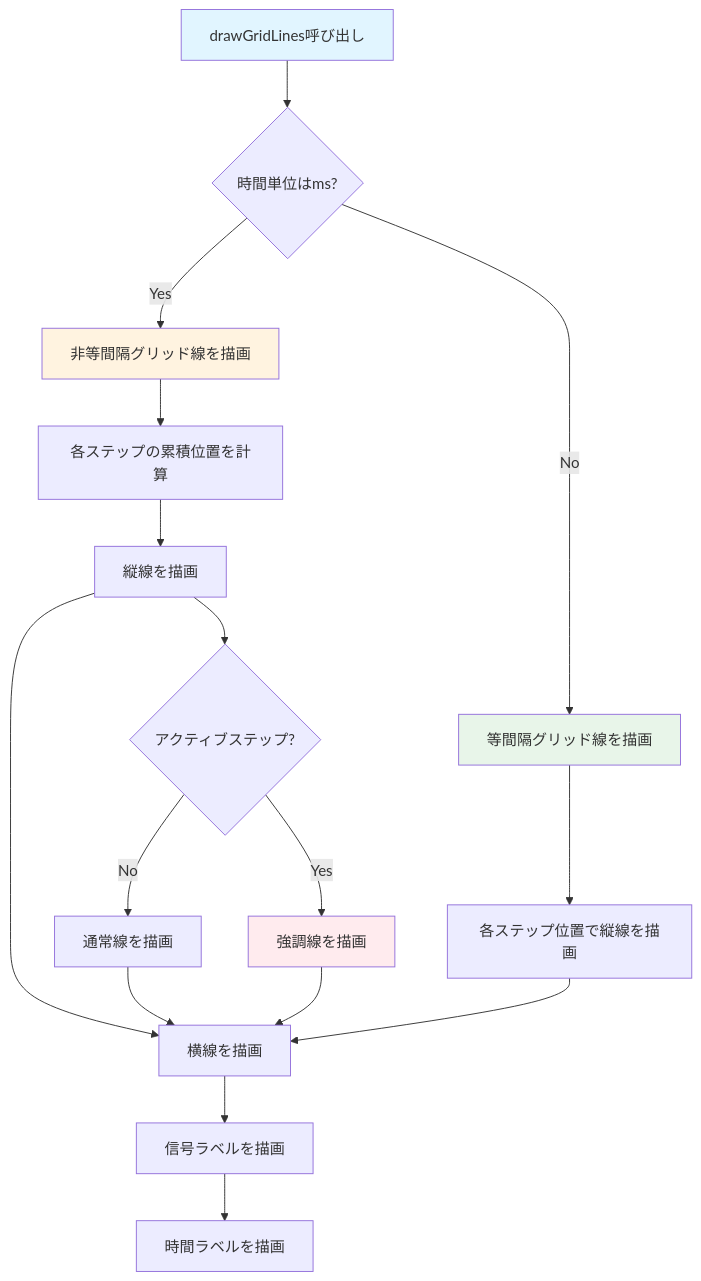
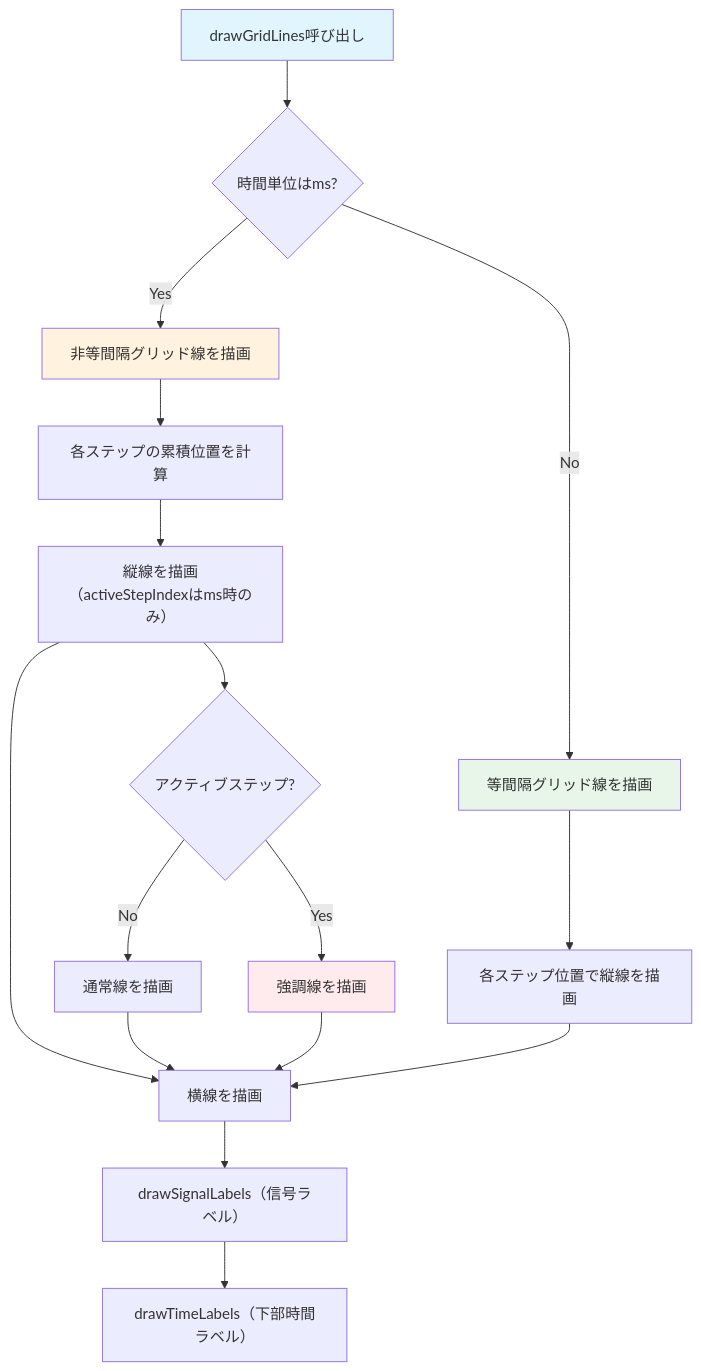
Before and after one commit to visco-ysugimoto/TimingChart: the diagram in widgets_flowcharts/chart/chart_grid.md, drawn with Mermaid. The commit also changed other lines of this file and 35 other files, not shown here.

Commit message:
Update timing chart editing and flowchart docs

````diff
--- a/widgets_flowcharts/chart/chart_grid.md
+++ b/widgets_flowcharts/chart/chart_grid.md
@@ -15,27 +17,27 @@
 ```mermaid
 flowchart TD
     A[drawGridLines呼び出し] --> B{時間単位はms?}
     B -->|Yes| C[非等間隔グリッド線を描画]
     B -->|No| D[等間隔グリッド線を描画]
     
     C --> E[各ステップの累積位置を計算]
-    E --> F[縦線を描画]
+    E --> F[縦線を描画（activeStepIndexはms時のみ）]
     F --> G{アクティブステップ?}
     G -->|Yes| H[強調線を描画]
     G -->|No| I[通常線を描画]
     
     D --> J[各ステップ位置で縦線を描画]
     
     F --> K[横線を描画]
     I --> K
     H --> K
     J --> K
     
-    K --> L[信号ラベルを描画]
-    L --> M[時間ラベルを描画]
+    K --> L[drawSignalLabels（信号ラベル）]
+    L --> M[drawTimeLabels（下部時間ラベル）]
     
     style A fill:#e1f5ff
     style C fill:#fff3e0
     style D fill:#e8f5e9
     style H fill:#ffebee
 ```
````
